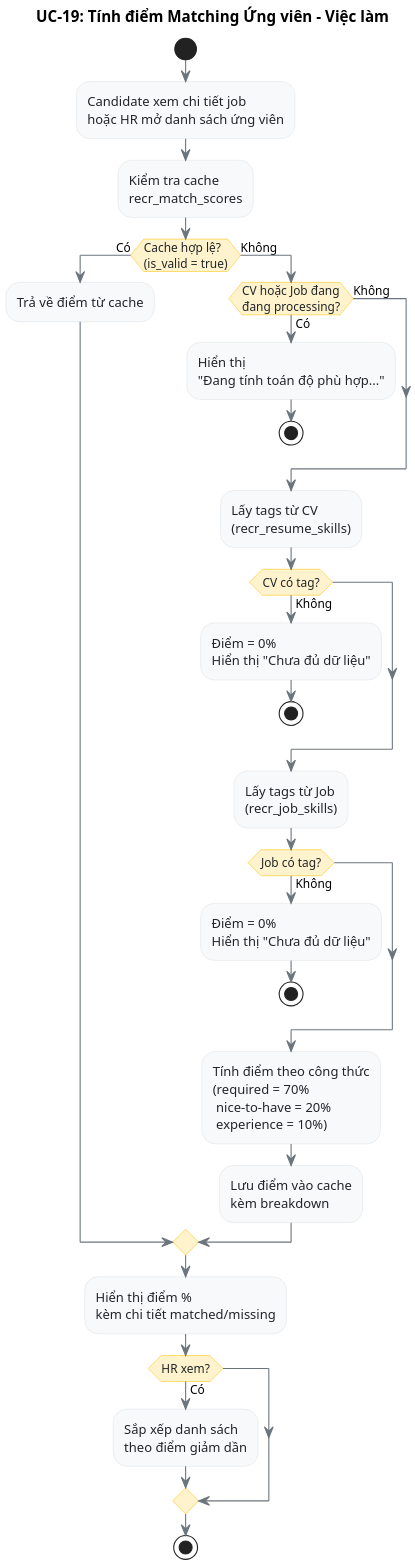
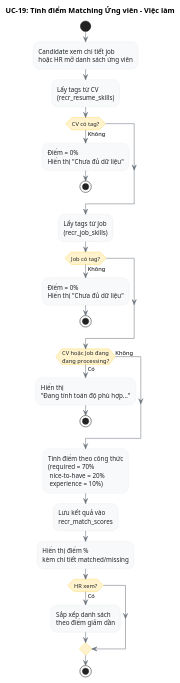
The diagram in modules/recr/diagrams/activity/uc19-matching-score-activity.puml (namnh240795/document), drawn with PlantUML before and after one commit. The commit also changed 7 other files, not shown here.

First line of the commit message:
refactor(recr): remove cache mechanism from UC-19 Matching Score

```diff
--- a/modules/recr/diagrams/activity/uc19-matching-score-activity.puml
+++ b/modules/recr/diagrams/activity/uc19-matching-score-activity.puml
@@ -1,54 +1,46 @@
 @startuml uc19-matching-score-activity
 title UC-19: Tính điểm Matching Ứng viên - Việc làm
-skinparam dpi 200
 skinparam activityBackgroundColor #f8f9fa
 skinparam activityBorderColor #dee2e6
 skinparam activityFontColor #212529
 skinparam activityDiamondBackgroundColor #fff3cd
 skinparam activityDiamondBorderColor #ffc107
 skinparam arrowColor #6c757d
 
 start
 
 :Candidate xem chi tiết job\nhoặc HR mở danh sách ứng viên;
 
-:Kiểm tra cache\nrecr_match_scores;
+:Lấy tags từ CV\n(recr_resume_skills);
 
-if (Cache hợp lệ?\n(is_valid = true)) then (Có)
-  :Trả về điểm từ cache;
+if (CV có tag?) then (Không)
+  :Điểm = 0%\nHiển thị "Chưa đủ dữ liệu";
+  stop
+endif
+
+:Lấy tags từ Job\n(recr_job_skills);
+
+if (Job có tag?) then (Không)
+  :Điểm = 0%\nHiển thị "Chưa đủ dữ liệu";
+  stop
+endif
+
+if (CV hoặc Job đang\nđang processing?) then (Có)
+  :Hiển thị\n"Đang tính toán độ phù hợp...";
+  stop
 else (Không)
-  if (CV hoặc Job đang\nđang processing?) then (Có)
-    :Hiển thị\n"Đang tính toán độ phù hợp...";
-    stop
-  else (Không)
-  endif
+endif
 
-  :Lấy tags từ CV\n(recr_resume_skills);
+:Tính điểm theo công thức\n(required = 70%\n nice-to-have = 20%\n experience = 10%);
 
-  if (CV có tag?) then (Không)
-    :Điểm = 0%\nHiển thị "Chưa đủ dữ liệu";
-    stop
-  endif
-
-  :Lấy tags từ Job\n(recr_job_skills);
-
-  if (Job có tag?) then (Không)
-    :Điểm = 0%\nHiển thị "Chưa đủ dữ liệu";
-    stop
-  endif
-
-  :Tính điểm theo công thức\n(required = 70%\n nice-to-have = 20%\n experience = 10%);
-
-  :Lưu điểm vào cache\nkèm breakdown;
-
-endif
+:Lưu kết quả vào\nrecr_match_scores;
 
 :Hiển thị điểm %\nkèm chi tiết matched/missing;
 
 if (HR xem?) then (Có)
   :Sắp xếp danh sách\ntheo điểm giảm dần;
 endif
 
 stop
 
 @enduml
```
